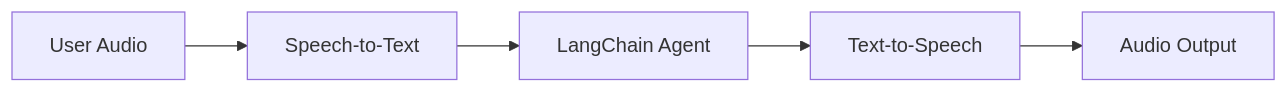
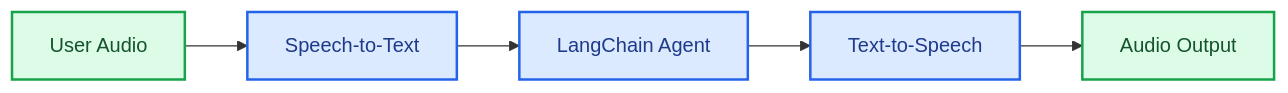
One commit to kunfan96/cndocs-langchain changed the first of 2 diagrams in oss/javascript/langchain/voice-agent.mdx. Above: the diagram before and after it, drawn with Mermaid. The commit also changed other lines of this file and 2611 other files, not shown here.

````diff
--- a/oss/javascript/langchain/voice-agent.mdx
+++ b/oss/javascript/langchain/voice-agent.mdx
@@ -37,7 +37,13 @@
 ```mermaid
 flowchart LR
     A[User Audio] --> B[Speech-to-Text]
     B --> C[LangChain Agent]
     C --> D[Text-to-Speech]
     D --> E[Audio Output]
+
+    classDef trigger fill:#DCFCE7,stroke:#16A34A,stroke-width:2px,color:#14532D
+    classDef process fill:#DBEAFE,stroke:#2563EB,stroke-width:2px,color:#1E3A8A
+
+    class A,E trigger
+    class B,C,D process
 ```
````
